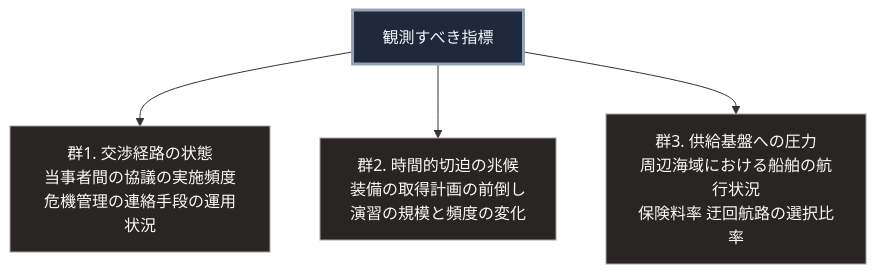
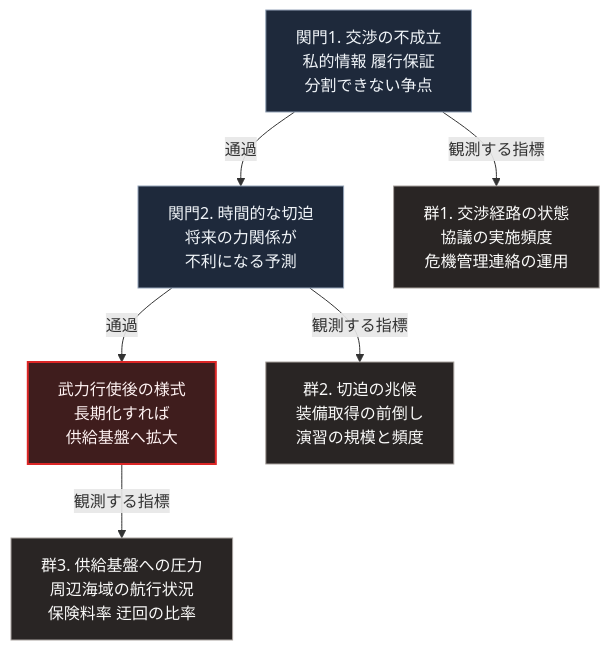
The diagram in books/sovereign-resilience-blueprint/risk-war-probability.md (Takenori-Kusaka/zenn-content), drawn with Mermaid before and after one commit. The commit also changed other lines of this file and 114 other files, not shown here.

````diff
--- a/books/sovereign-resilience-blueprint/risk-war-probability.md
+++ b/books/sovereign-resilience-blueprint/risk-war-probability.md
@@ -87,13 +87,18 @@
 ```mermaid
 flowchart TD
-    I[観測すべき指標]
+    K1[関門1. 交渉の不成立<br>私的情報 履行保証<br>分割できない争点]
+    K2[関門2. 時間的な切迫<br>将来の力関係が<br>不利になる予測]
+    K3[武力行使後の様式<br>長期化すれば<br>供給基盤へ拡大]
+    K1 -->|通過| K2
+    K2 -->|通過| K3
+    K1 -->|観測する指標| G1[群1. 交渉経路の状態<br>協議の実施頻度<br>危機管理連絡の運用]
+    K2 -->|観測する指標| G2[群2. 切迫の兆候<br>装備取得の前倒し<br>演習の規模と頻度]
+    K3 -->|観測する指標| G3[群3. 供給基盤への圧力<br>周辺海域の航行状況<br>保険料率 迂回の比率]
 
-    I --> G1[群1. 交渉経路の状態<br>当事者間の協議の実施頻度<br>危機管理の連絡手段の運用状況]
-    I --> G2[群2. 時間的切迫の兆候<br>装備の取得計画の前倒し<br>演習の規模と頻度の変化]
-    I --> G3[群3. 供給基盤への圧力<br>周辺海域における船舶の航行状況<br>保険料率 迂回航路の選択比率]
-
-    style I fill:#1e293b,stroke:#94a3b8,stroke-width:3px,color:#f1f5f9
+    style K1 fill:#1e293b,stroke:#94a3b8,color:#f1f5f9
+    style K2 fill:#1e293b,stroke:#94a3b8,color:#f1f5f9
+    style K3 fill:#3f1d1d,stroke:#dc2626,stroke-width:2px,color:#fef2f2
     style G1 fill:#292524,stroke:#a8a29e,color:#fafaf9
     style G2 fill:#292524,stroke:#a8a29e,color:#fafaf9
     style G3 fill:#292524,stroke:#a8a29e,color:#fafaf9
 ```
````
